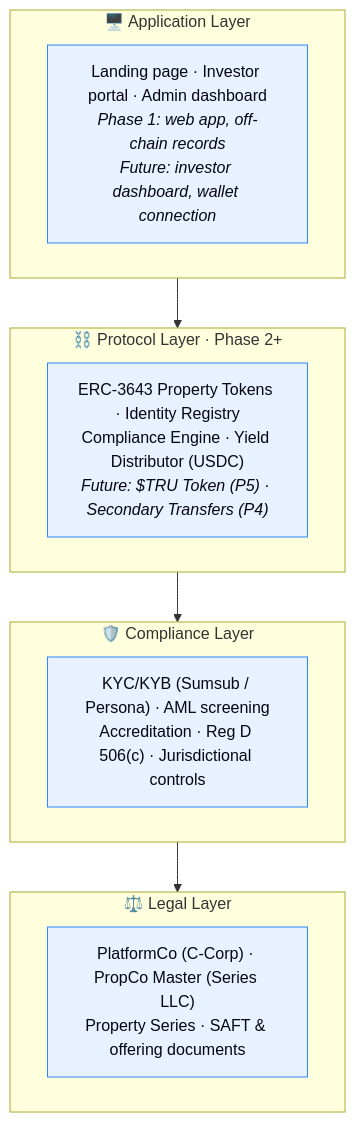
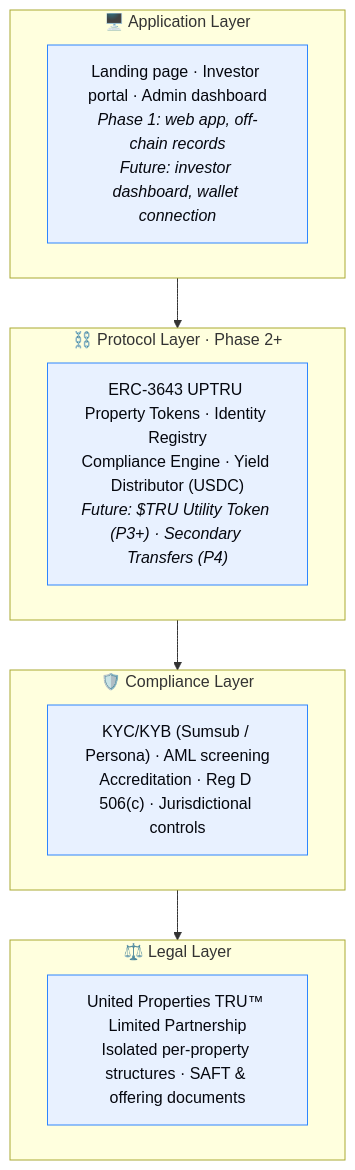
Before and after one commit to Gur-noor/Property-United: the diagram in docs/platform/architecture.md, drawn with Mermaid. The commit also changed other lines of this file and 17 other files, not shown here.

First line of the commit message:
Whitepaper: align entire doc to single model (whole-portfolio, Partnership, UPTRU)

````diff
--- a/docs/platform/architecture.md
+++ b/docs/platform/architecture.md
@@ -11,19 +11,19 @@
 ```mermaid
 flowchart TB
     subgraph APP["🖥️ Application Layer"]
         A1["Landing page · Investor portal · Admin dashboard<br/><i>Phase 1: web app, off-chain records</i><br/><i>Future: investor dashboard, wallet connection</i>"]
     end
     subgraph PROTO["⛓️ Protocol Layer · Phase 2+"]
-        A2["ERC-3643 Property Tokens · Identity Registry<br/>Compliance Engine · Yield Distributor (USDC)<br/><i>Future: $TRU Token (P5) · Secondary Transfers (P4)</i>"]
+        A2["ERC-3643 UPTRU Property Tokens · Identity Registry<br/>Compliance Engine · Yield Distributor (USDC)<br/><i>Future: $TRU Utility Token (P3+) · Secondary Transfers (P4)</i>"]
     end
     subgraph COMP["🛡️ Compliance Layer"]
         A3["KYC/KYB (Sumsub / Persona) · AML screening<br/>Accreditation · Reg D 506(c) · Jurisdictional controls"]
     end
     subgraph LEGAL["⚖️ Legal Layer"]
-        A4["PlatformCo (C-Corp) · PropCo Master (Series LLC)<br/>Property Series · SAFT & offering documents"]
+        A4["United Properties TRU™ Limited Partnership<br/>Isolated per-property structures · SAFT & offering documents"]
     end
     APP --> PROTO --> COMP --> LEGAL
 
     classDef layer fill:#e8f1ff,stroke:#2E86FF,color:#05070e;
     class A1,A2,A3,A4 layer;
 ```
````
